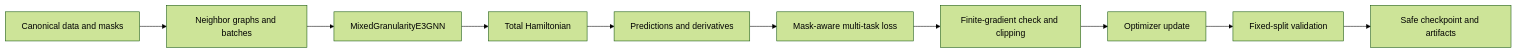
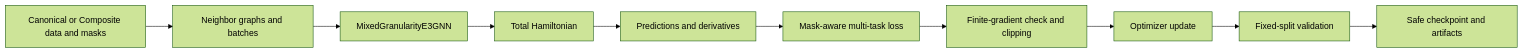
The first of 3 diagrams in docs/TRAINING_AND_VALIDATION.md (FonaTech/E3-miu-GNN), drawn with Mermaid (forest theme) before and after one commit. The commit also changed other lines of this file and 12 other files, not shown here.

````diff
--- a/docs/TRAINING_AND_VALIDATION.md
+++ b/docs/TRAINING_AND_VALIDATION.md
@@ -14,12 +17,12 @@
 ```mermaid
 flowchart LR
-    D[Canonical data and masks] --> B[Neighbor graphs and batches]
+    D[Canonical or Composite data and masks] --> B[Neighbor graphs and batches]
     B --> M[MixedGranularityE3GNN]
     M --> H[Total Hamiltonian]
     H --> O[Predictions and derivatives]
     O --> L[Mask-aware multi-task loss]
     L --> G[Finite-gradient check and clipping]
     G --> U[Optimizer update]
     U --> V[Fixed-split validation]
     V --> C[Safe checkpoint and artifacts]
 ```
````
